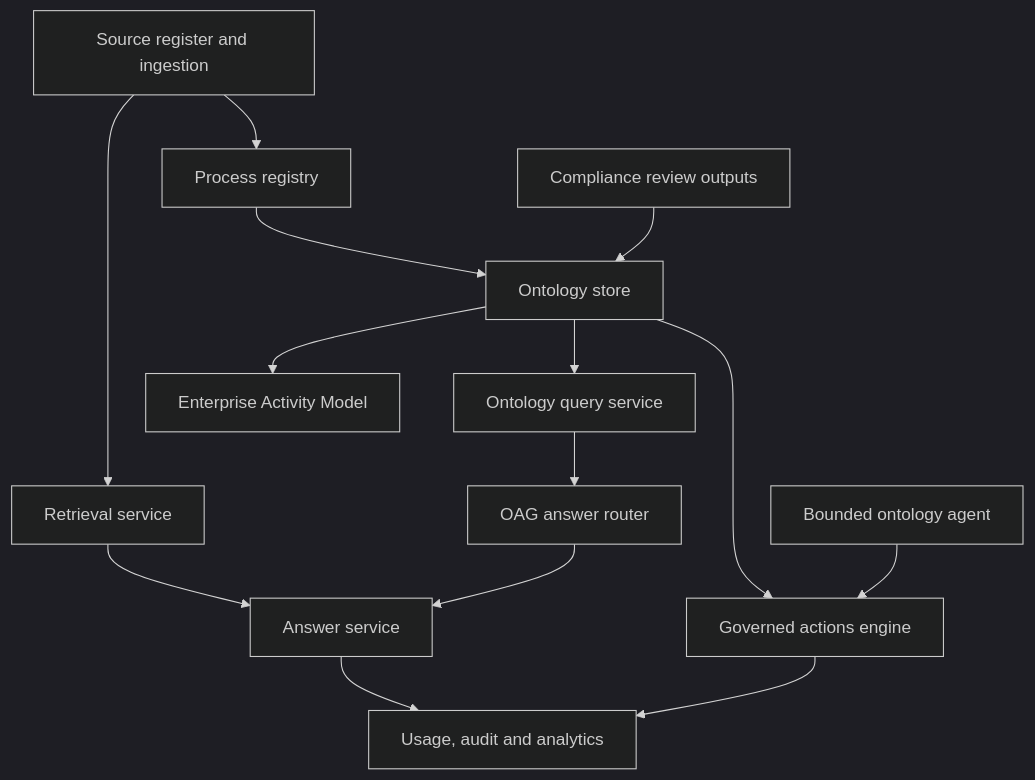
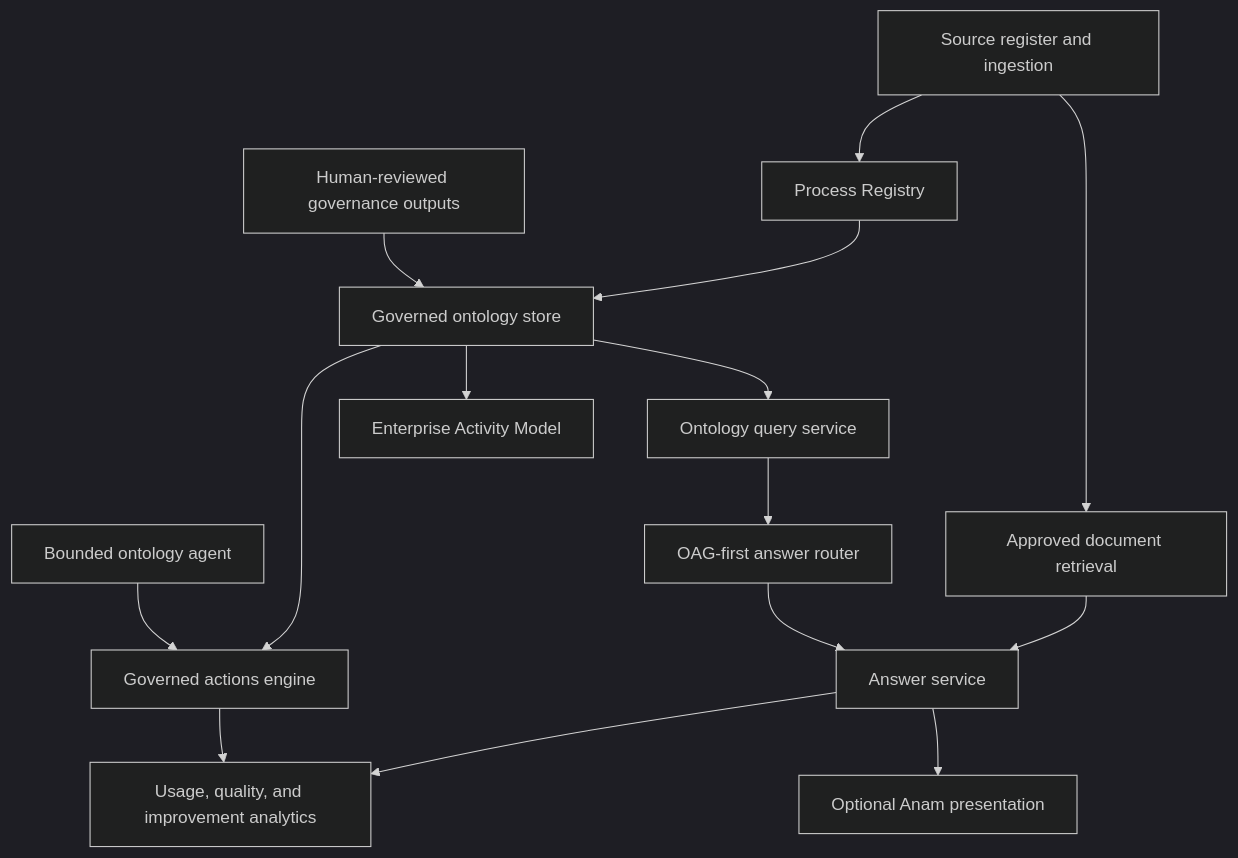
Before and after one commit to chriser/opsatlas: the diagram in docs/architecture/07-Core-Modules.md, drawn with Mermaid (dark theme). The commit also changed other lines of this file and 4 other files, not shown here.

Commit message:
docs: align repository overview with final OpsAtlas architecture

````diff
--- a/docs/architecture/07-Core-Modules.md
+++ b/docs/architecture/07-Core-Modules.md
@@ -5,16 +5,17 @@
 ```mermaid
 flowchart TB
-  Sources["Source register and ingestion"] --> Retrieval["Retrieval service"]
-  Sources --> Process["Process registry"]
-  Process --> Ontology["Ontology store"]
-  Compliance["Compliance review outputs"] --> Ontology
-  Ontology --> Query["Ontology query service"]
-  Ontology --> EAM["Enterprise Activity Model"]
-  Query --> Router["OAG answer router"]
-  Retrieval --> Answer["Answer service"]
-  Router --> Answer
-  Answer --> Analytics["Usage, audit and analytics"]
-  Ontology --> Actions["Governed actions engine"]
-  Agent["Bounded ontology agent"] --> Actions
-  Actions --> Analytics
+    Sources["Source register and ingestion"] --> Retrieval["Approved document retrieval"]
+    Sources --> Process["Process Registry"]
+    Process --> Ontology["Governed ontology store"]
+    Compliance["Human-reviewed governance outputs"] --> Ontology
+    Ontology --> Query["Ontology query service"]
+    Ontology --> EAM["Enterprise Activity Model"]
+    Query --> Router["OAG-first answer router"]
+    Retrieval --> Answer["Answer service"]
+    Router --> Answer
+    Answer --> Analytics["Usage, quality, and improvement analytics"]
+    Ontology --> Actions["Governed actions engine"]
+    Agent["Bounded ontology agent"] --> Actions
+    Actions --> Analytics
+    Answer --> Avatar["Optional Anam presentation"]
 ```
````
